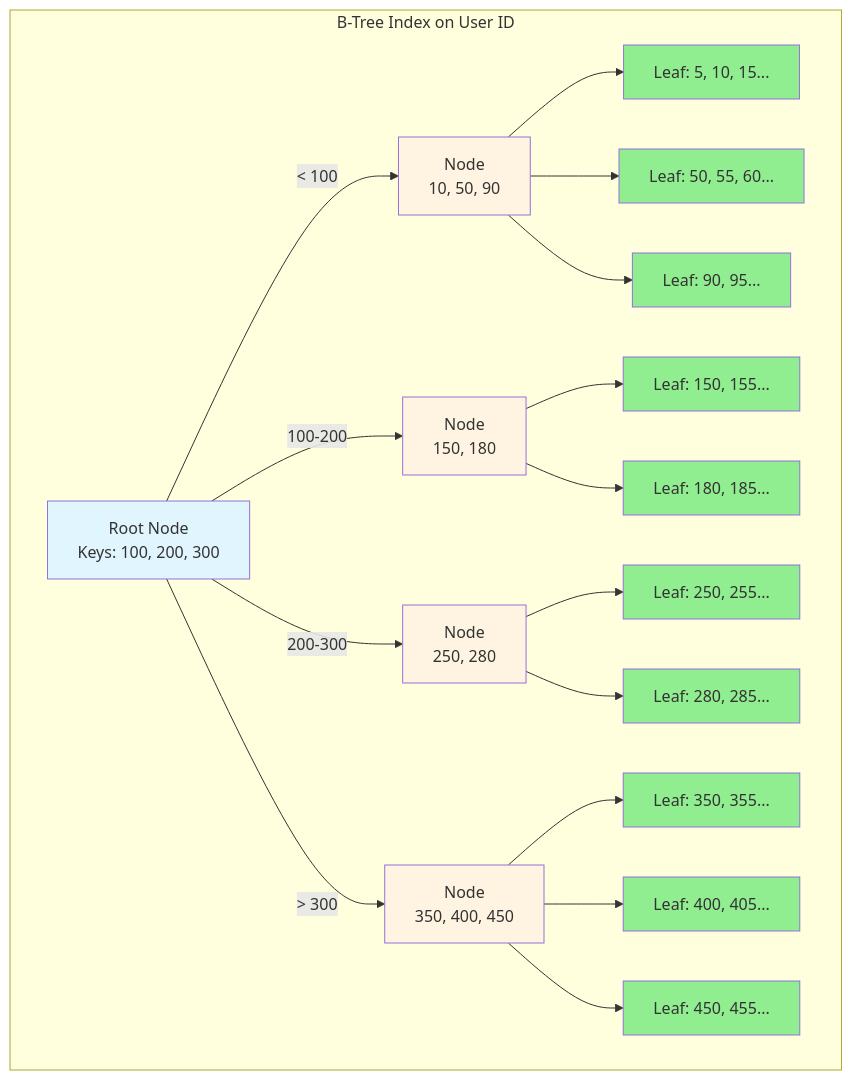
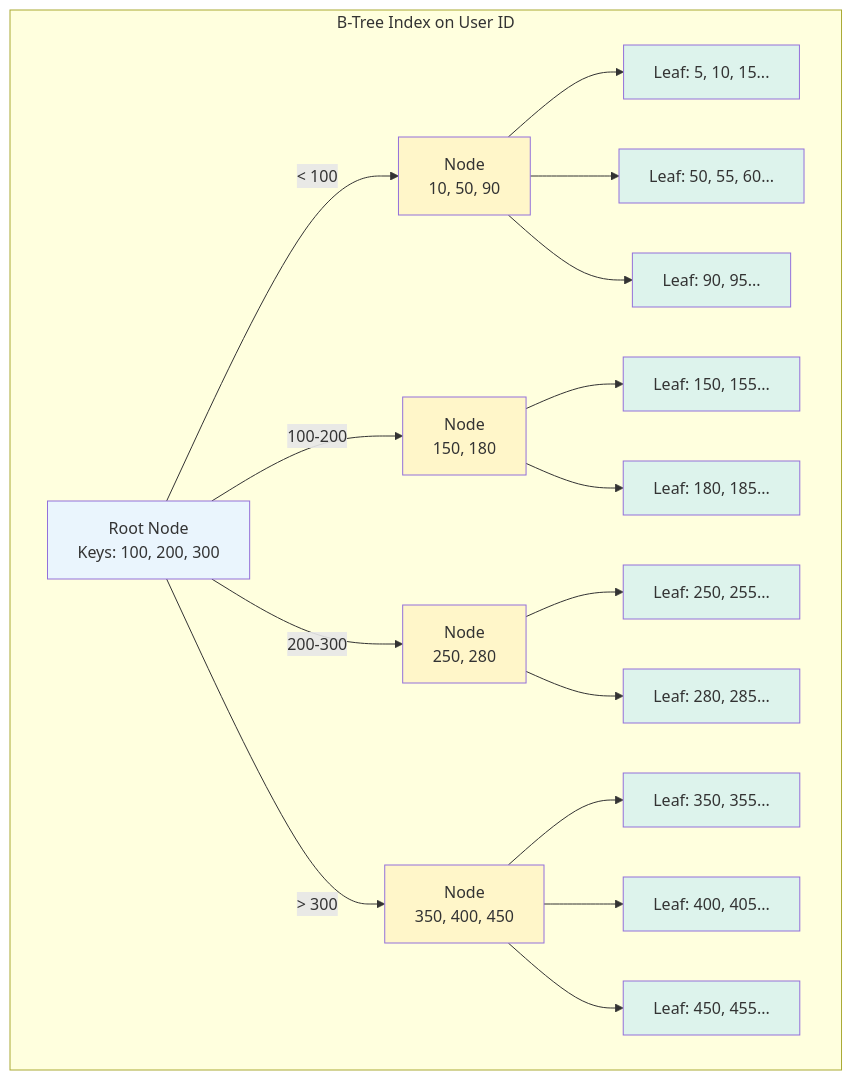
The seventh of 34 diagrams in LLD/CoreConcepts/DataIndexing.md (cartmancodes/InterviewVault), drawn with Mermaid before and after one commit. The commit also changed other lines of this file and 679 other files, not shown here.

Commit message:
Unify content diagrams and add accessible visual walkthroughs

````diff
--- a/LLD/CoreConcepts/DataIndexing.md
+++ b/LLD/CoreConcepts/DataIndexing.md
@@ -243,54 +243,54 @@
 ```mermaid
 graph TB
     subgraph "B-Tree Index on User ID"
         ROOT[Root Node<br/>Keys: 100, 200, 300]
         
         L1A[Node<br/>10, 50, 90]
         L1B[Node<br/>150, 180]
         L1C[Node<br/>250, 280]
         L1D[Node<br/>350, 400, 450]
         
         ROOT -->|< 100| L1A
         ROOT -->|100-200| L1B
         ROOT -->|200-300| L1C
         ROOT -->|> 300| L1D
         
         LEAF1[Leaf: 5, 10, 15...]
         LEAF2[Leaf: 50, 55, 60...]
         LEAF3[Leaf: 90, 95...]
         LEAF4[Leaf: 150, 155...]
         LEAF5[Leaf: 180, 185...]
         LEAF6[Leaf: 250, 255...]
         LEAF7[Leaf: 280, 285...]
         LEAF8[Leaf: 350, 355...]
         LEAF9[Leaf: 400, 405...]
         LEAF10[Leaf: 450, 455...]
         
         L1A --> LEAF1
         L1A --> LEAF2
         L1A --> LEAF3
         L1B --> LEAF4
         L1B --> LEAF5
         L1C --> LEAF6
         L1C --> LEAF7
         L1D --> LEAF8
         L1D --> LEAF9
         L1D --> LEAF10
     end
     
-    style ROOT fill:#e1f5ff
-    style L1A fill:#fff4e1
-    style L1B fill:#fff4e1
-    style L1C fill:#fff4e1
-    style L1D fill:#fff4e1
-    style LEAF1 fill:#90EE90
-    style LEAF2 fill:#90EE90
-    style LEAF3 fill:#90EE90
-    style LEAF4 fill:#90EE90
-    style LEAF5 fill:#90EE90
-    style LEAF6 fill:#90EE90
-    style LEAF7 fill:#90EE90
-    style LEAF8 fill:#90EE90
-    style LEAF9 fill:#90EE90
-    style LEAF10 fill:#90EE90
+    style ROOT fill:#EAF5FD
+    style L1A fill:#FFF6C9
+    style L1B fill:#FFF6C9
+    style L1C fill:#FFF6C9
+    style L1D fill:#FFF6C9
+    style LEAF1 fill:#DDF3EC
+    style LEAF2 fill:#DDF3EC
+    style LEAF3 fill:#DDF3EC
+    style LEAF4 fill:#DDF3EC
+    style LEAF5 fill:#DDF3EC
+    style LEAF6 fill:#DDF3EC
+    style LEAF7 fill:#DDF3EC
+    style LEAF8 fill:#DDF3EC
+    style LEAF9 fill:#DDF3EC
+    style LEAF10 fill:#DDF3EC
 ```
````
